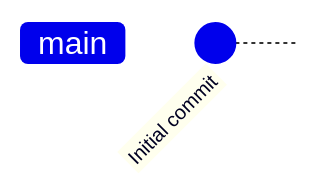
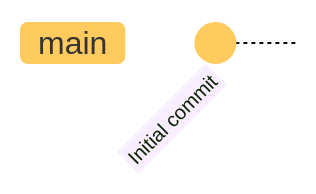
The third of 15 diagrams in docs/4.git_model_commands.md (kir-rescomp/training-intro-to-git-github), drawn with Mermaid before and after one commit. The commit also changed other lines of this file, not shown here.

Commit message:
change gitgraph theme to base

````diff
--- a/docs/4.git_model_commands.md
+++ b/docs/4.git_model_commands.md
@@ -98,4 +98,5 @@
 ```mermaid
+%%{init: {'theme':'base'}}%%
 gitGraph
   commit id: "Initial commit"
 ```
````
